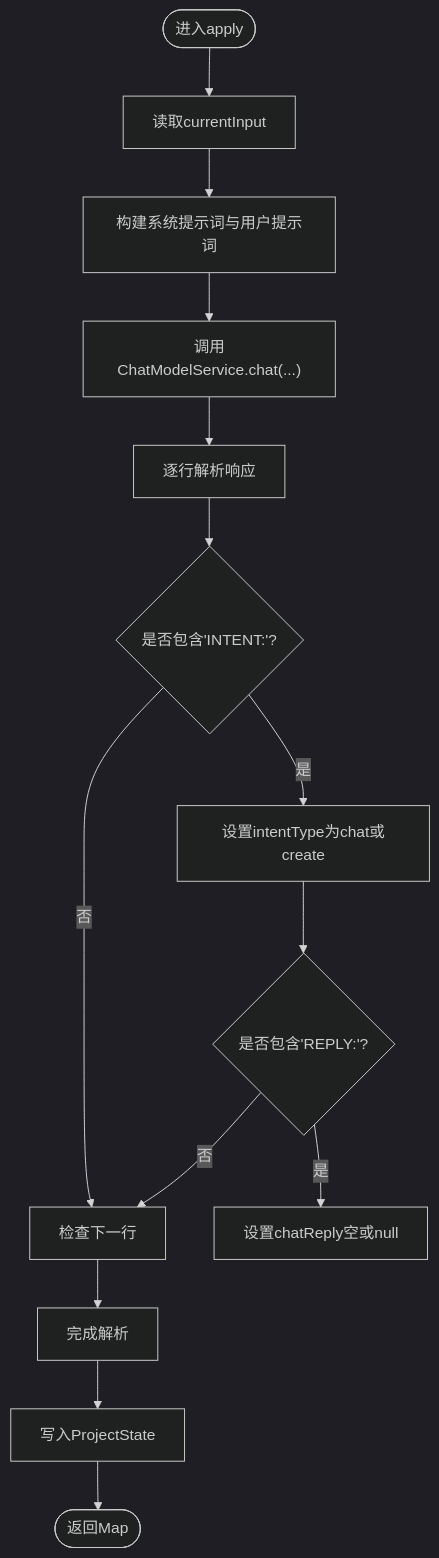
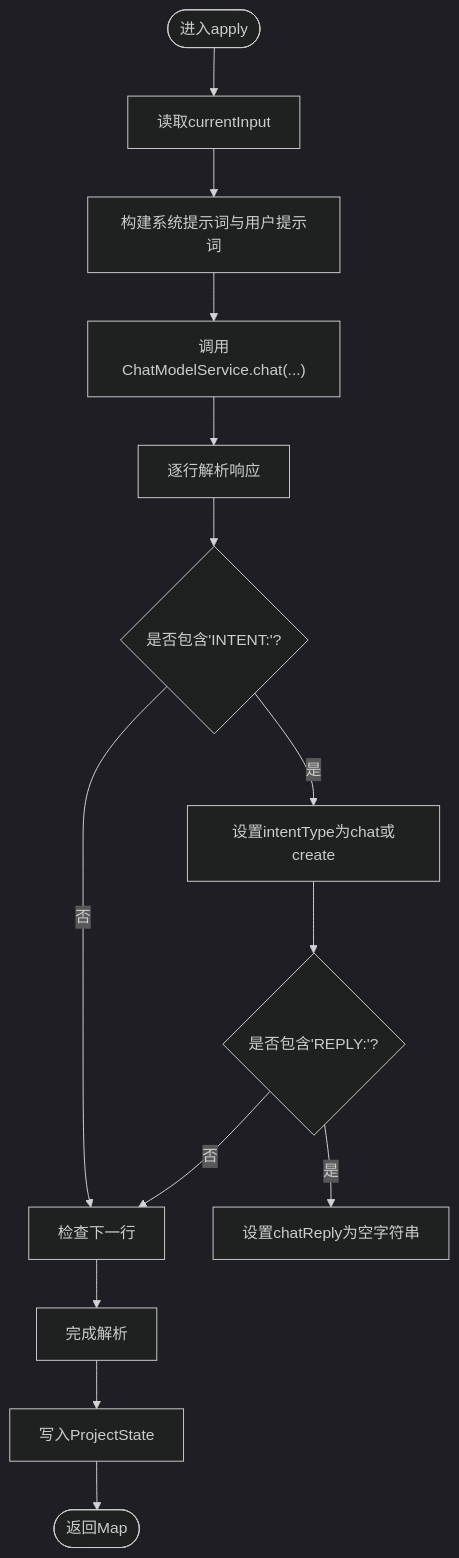
The third of 6 diagrams in .qoder/repowiki/zh/content/AI工作流系统/AI节点分析/意图分析节点.md (CyanYuKi/WebSiteFrontendCodeMother), drawn with Mermaid (dark theme) before and after one commit. The commit also changed other lines of this file and 5 other files, not shown here.

````diff
--- a/.qoder/repowiki/zh/content/AI工作流系统/AI节点分析/意图分析节点.md
+++ b/.qoder/repowiki/zh/content/AI工作流系统/AI节点分析/意图分析节点.md
@@ -155,16 +155,16 @@
 ```mermaid
 flowchart TD
 Start(["进入apply"]) --> ReadInput["读取currentInput"]
 ReadInput --> BuildPrompt["构建系统提示词与用户提示词"]
 BuildPrompt --> CallLLM["调用ChatModelService.chat(...)"]
 CallLLM --> ParseLoop["逐行解析响应"]
 ParseLoop --> CheckIntent{"是否包含'INTENT:'?"}
 CheckIntent --> |是| SetIntent["设置intentType为chat或create"]
 CheckIntent --> |否| NextLine["检查下一行"]
 SetIntent --> CheckReply{"是否包含'REPLY:'?"}
-CheckReply --> |是| SetReply["设置chatReply空或null"]
+CheckReply --> |是| SetReply["设置chatReply为空字符串"]
 CheckReply --> |否| NextLine
 NextLine --> EndParse["完成解析"]
 EndParse --> WriteState["写入ProjectState"]
 WriteState --> End(["返回Map"])
 ```
````
